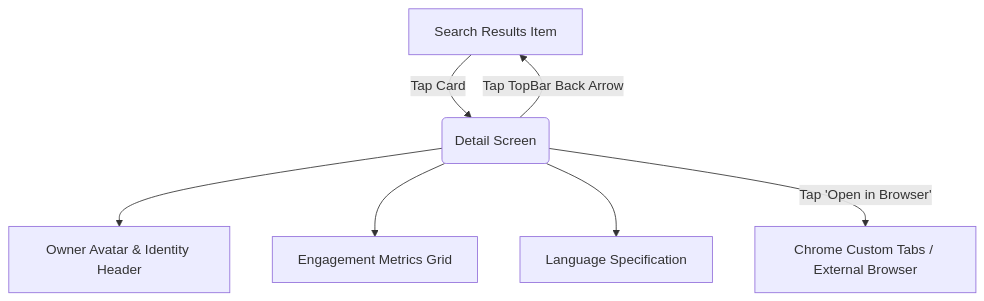
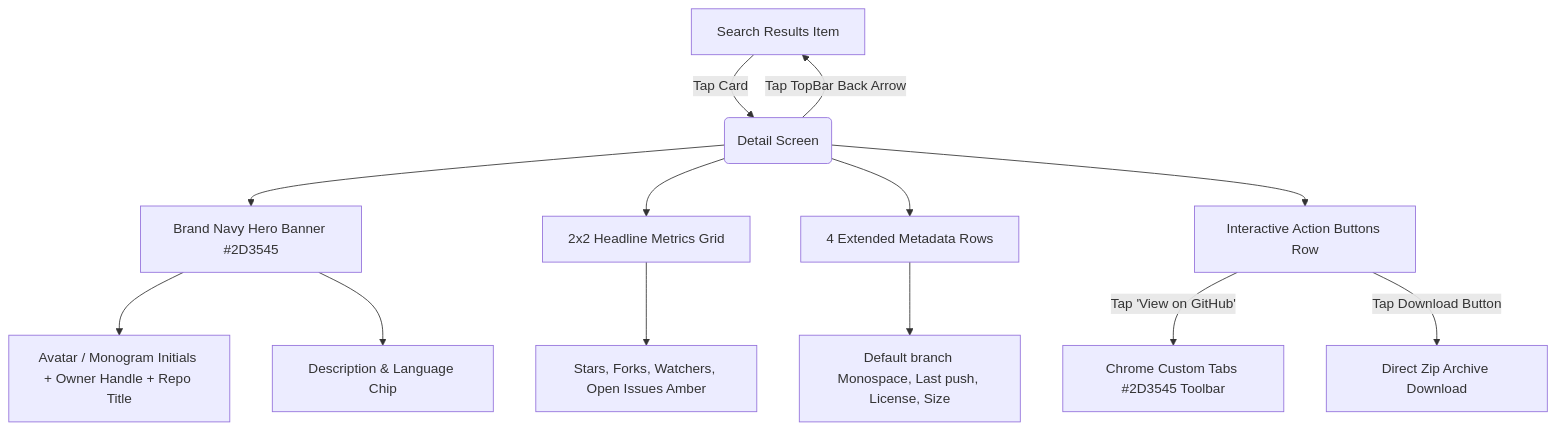
The diagram in docs/02_project_architecture/features/02_repository_detail.md (dinkar1708/dinakar-android-engineer-codecheck), drawn with Mermaid before and after one commit. The commit also changed other lines of this file and 3 other files, not shown here.

Commit message:
docs(api-spec): add repository detail api doc and update search api schemas

````diff
--- a/docs/02_project_architecture/features/02_repository_detail.md
+++ b/docs/02_project_architecture/features/02_repository_detail.md
@@ -6,9 +6,15 @@
 ```mermaid
 graph TD
     A[Search Results Item] -->|Tap Card| B(Detail Screen)
-    B --> C[Owner Avatar & Identity Header]
-    B --> D[Engagement Metrics Grid]
-    B --> E[Language Specification]
-    B -->|Tap 'Open in Browser'| F[Chrome Custom Tabs / External Browser]
+    B --> C[Brand Navy Hero Banner #2D3545]
+    C --> C1[Avatar / Monogram Initials + Owner Handle + Repo Title]
+    C --> C2[Description & Language Chip]
+    B --> D[2x2 Headline Metrics Grid]
+    D --> D1[Stars, Forks, Watchers, Open Issues Amber]
+    B --> E[4 Extended Metadata Rows]
+    E --> E1[Default branch Monospace, Last push, License, Size]
+    B --> F[Interactive Action Buttons Row]
+    F -->|Tap 'View on GitHub'| G[Chrome Custom Tabs #2D3545 Toolbar]
+    F -->|Tap Download Button| H[Direct Zip Archive Download]
     B -->|Tap TopBar Back Arrow| A
 ```
````
